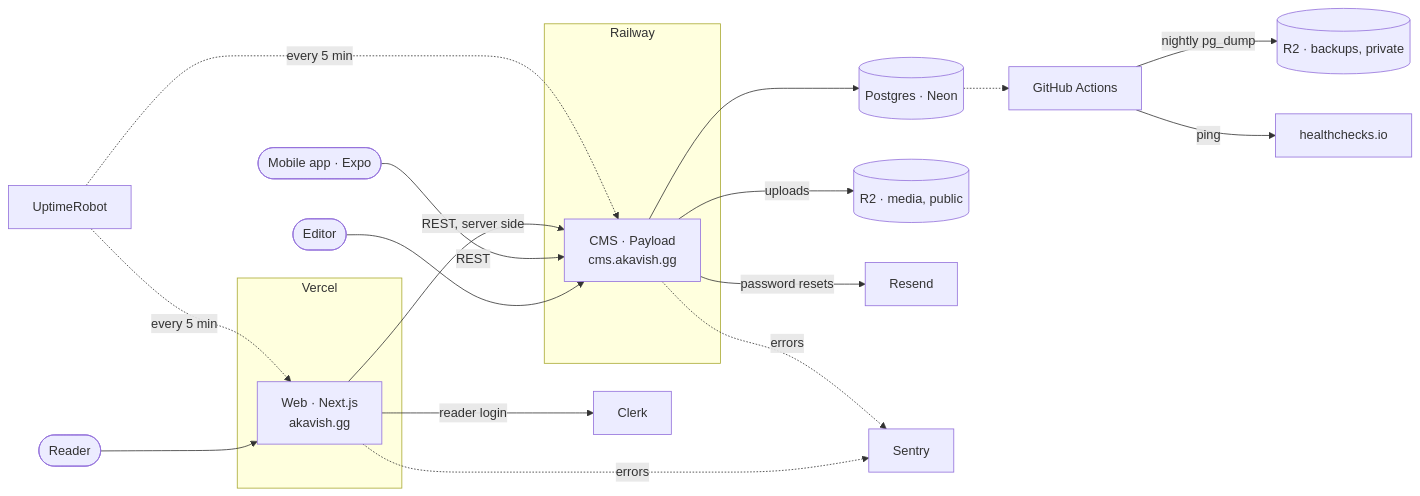
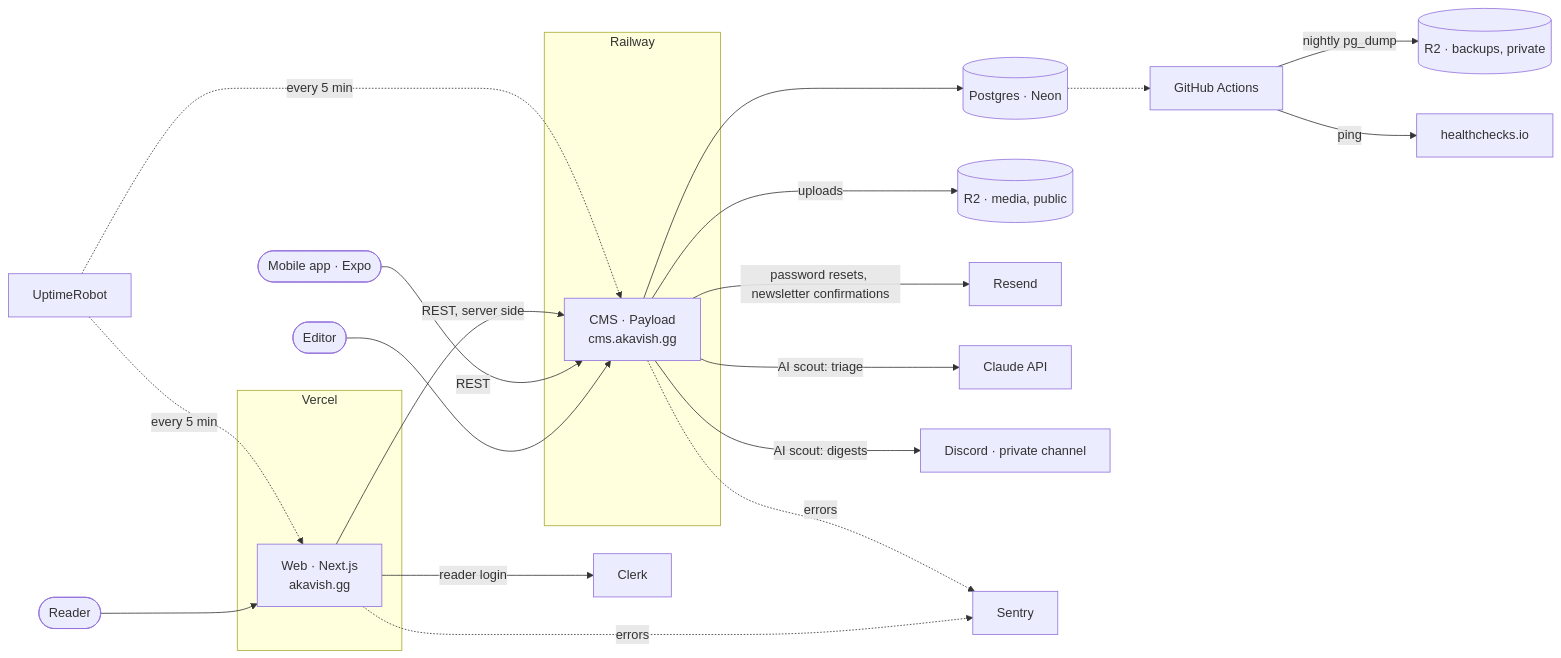
One commit to SachsA/Akavish changed the diagram in README.md. Above: the diagram before and after it, drawn with Mermaid. The commit also changed other lines of this file and 40 other files, not shown here.

````diff
--- a/README.md
+++ b/README.md
@@ -62,27 +64,29 @@
 ```mermaid
 flowchart LR
   reader([Reader]) --> web
   editor([Editor]) --> cms
   phone([Mobile app · Expo]) -->|REST| cms
 
   subgraph vercel [Vercel]
     web[Web · Next.js<br/>akavish.gg]
   end
   subgraph railway [Railway]
     cms[CMS · Payload<br/>cms.akavish.gg]
   end
 
   web -->|REST, server side| cms
   web -->|reader login| clerk[Clerk]
   cms --> db[(Postgres · Neon)]
   cms -->|uploads| media[(R2 · media, public)]
-  cms -->|password resets| resend[Resend]
+  cms -->|password resets, newsletter confirmations| resend[Resend]
+  cms -->|AI scout: triage| claude[Claude API]
+  cms -->|AI scout: digests| discord[Discord · private channel]
   web -. errors .-> sentry[Sentry]
   cms -. errors .-> sentry
 
   gha[GitHub Actions] -->|nightly pg_dump| backups[(R2 · backups, private)]
   gha -->|ping| hc[healthchecks.io]
   db -.-> gha
   uptime[UptimeRobot] -. every 5 min .-> web
   uptime -. every 5 min .-> cms
 ```
````
